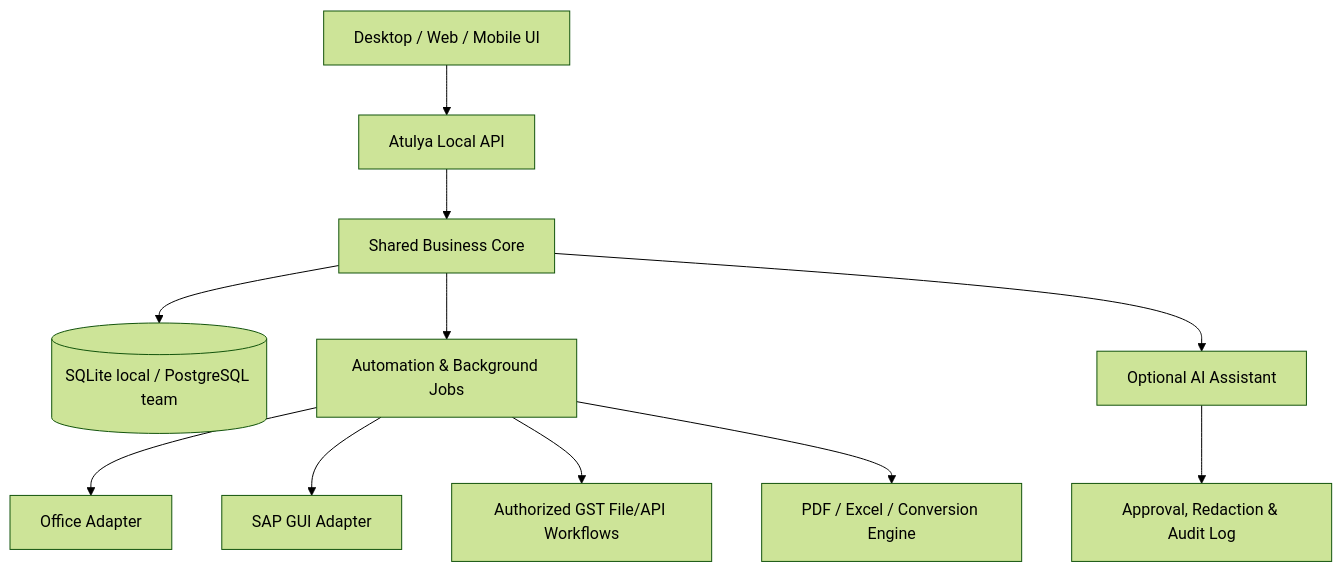
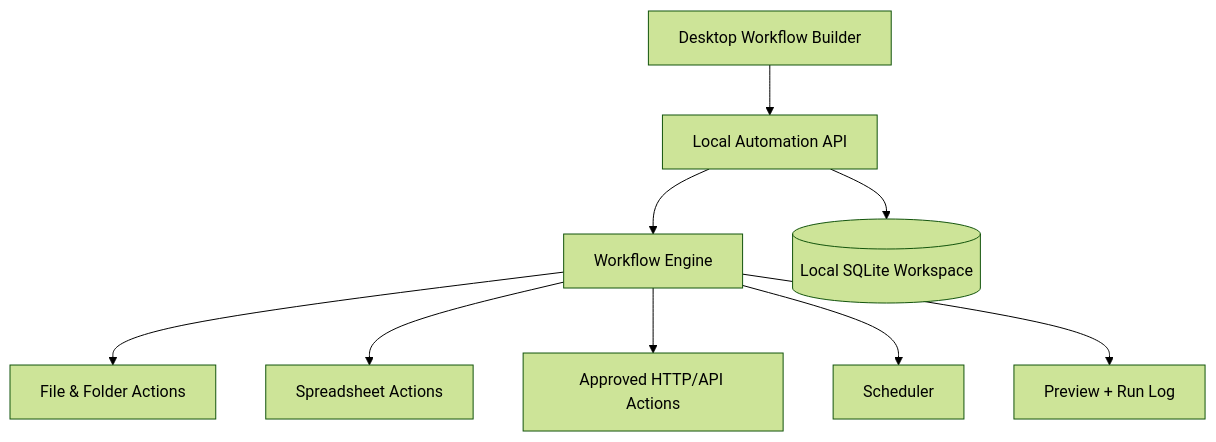
Before and after one commit to atulyaai/Atulya-Automation-Hub: the diagram in README.md, drawn with Mermaid (forest theme). The commit also changed other lines of this file, not shown here.

Commit message:
docs: position Atulya products independently

````diff
--- a/README.md
+++ b/README.md
@@ -46,13 +40,11 @@
 ```mermaid
 flowchart TD
-    UI["Desktop / Web / Mobile UI"] --> API["Atulya Local API"]
-    API --> CORE["Shared Business Core"]
-    CORE --> DB[("SQLite local / PostgreSQL team")]
-    CORE --> JOBS["Automation & Background Jobs"]
-    JOBS --> OFFICE["Office Adapter"]
-    JOBS --> SAP["SAP GUI Adapter"]
-    JOBS --> GST["Authorized GST File/API Workflows"]
-    JOBS --> FILES["PDF / Excel / Conversion Engine"]
-    CORE --> AI["Optional AI Assistant"]
-    AI --> SAFE["Approval, Redaction & Audit Log"]
+    UI["Desktop Workflow Builder"] --> API["Local Automation API"]
+    API --> ENGINE["Workflow Engine"]
+    ENGINE --> FILES["File & Folder Actions"]
+    ENGINE --> SHEETS["Spreadsheet Actions"]
+    ENGINE --> WEB["Approved HTTP/API Actions"]
+    ENGINE --> SCHED["Scheduler"]
+    ENGINE --> AUDIT["Preview + Run Log"]
+    API --> DB[("Local SQLite Workspace")]
 ```
````
